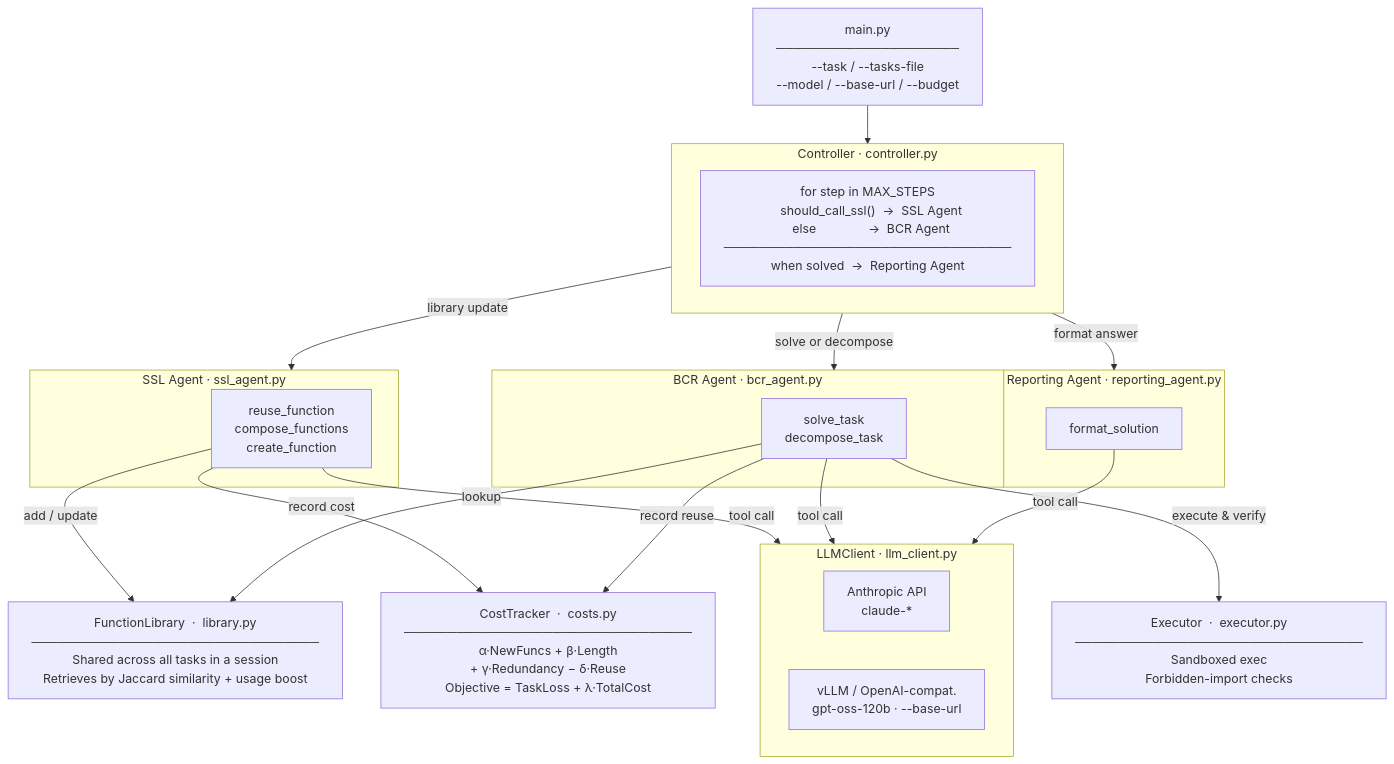
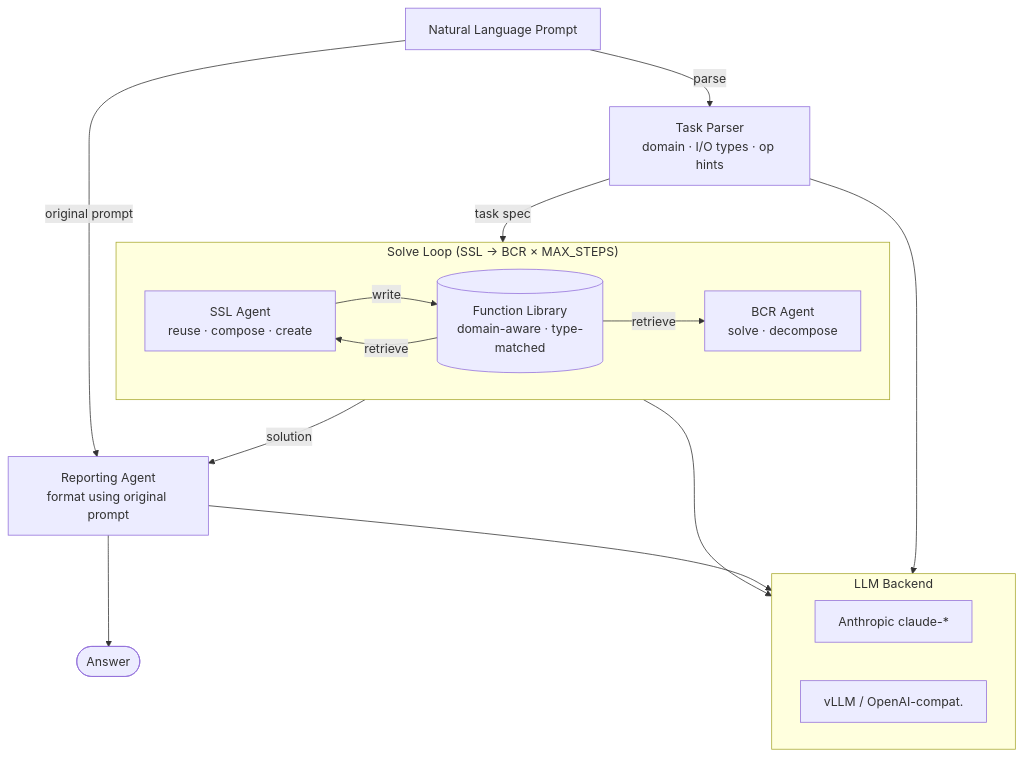
The diagram in README.md (cmu-llab/ReaComp), drawn with Mermaid before and after one commit. The commit also changed other lines of this file and 8 other files, not shown here.

First line of the commit message:
Add task parsing, domain-aware retrieval, typed functions, and simplified diagram

````diff
--- a/README.md
+++ b/README.md
@@ -13,48 +13,32 @@
 ```mermaid
 flowchart TD
-    CLI["main.py\n─────────────────────\n--task / --tasks-file\n--model / --base-url / --budget"]
+    NL["Natural Language Prompt"]
 
-    CLI --> CTRL
+    NL -->|"parse"| PARSE["Task Parser\ndomain · I/O types · op hints"]
+    NL -->|"original prompt"| RPT
 
-    subgraph CTRL["Controller  ·  controller.py"]
-        LOOP["for step in MAX_STEPS\n  should_call_ssl()  →  SSL Agent\n  else               →  BCR Agent\n─────────────────────────────────\nwhen solved  →  Reporting Agent"]
+    PARSE -->|"task spec"| LOOP
+
+    subgraph LOOP["Solve Loop  (SSL → BCR × MAX_STEPS)"]
+        direction LR
+        SSL["SSL Agent\nreuse · compose · create"]
+        BCR["BCR Agent\nsolve · decompose"]
+        SSL -->|"write"| LIB[("Function Library\ndomain-aware · type-matched")]
+        LIB -->|"retrieve"| SSL
+        LIB -->|"retrieve"| BCR
     end
 
-    CTRL -->|"library update"| SSL
-    CTRL -->|"solve or decompose"| BCR
-    CTRL -->|"format answer"| RPT
+    LOOP -->|"solution"| RPT
+    RPT["Reporting Agent\nformat using original prompt"]
+    RPT --> ANS(["Answer"])
 
-    subgraph SSL["SSL Agent  ·  ssl_agent.py"]
-        SSL_OPS["reuse_function\ncompose_functions\ncreate_function"]
-    end
+    LOOP --> LLM
+    RPT --> LLM
+    PARSE --> LLM
 
-    subgraph BCR["BCR Agent  ·  bcr_agent.py"]
-        BCR_OPS["solve_task\ndecompose_task"]
-    end
-
-    subgraph RPT["Reporting Agent  ·  reporting_agent.py"]
-        RPT_OPS["format_solution"]
-    end
-
-    SSL_OPS -->|"add / update"| FLIB
-    BCR_OPS -->|"lookup"| FLIB
-    SSL_OPS -->|"record cost"| CT
-    BCR_OPS -->|"record reuse"| CT
-    BCR_OPS -->|"execute & verify"| EX
-
-    FLIB["FunctionLibrary  ·  library.py\n─────────────────────────────────\nShared across all tasks in a session\nRetrieves by Jaccard similarity + usage boost"]
-
-    CT["CostTracker  ·  costs.py\n─────────────────────────────────\nα·NewFuncs + β·Length\n+ γ·Redundancy − δ·Reuse\nObjective = TaskLoss + λ·TotalCost"]
-
-    EX["Executor  ·  executor.py\n─────────────────────────────────\nSandboxed exec\nForbidden-import checks"]
-
-    SSL_OPS -->|"tool call"| LC
-    BCR_OPS -->|"tool call"| LC
-    RPT_OPS -->|"tool call"| LC
-
-    subgraph LC["LLMClient  ·  llm_client.py"]
+    subgraph LLM["LLM Backend"]
         direction LR
-        ANT["Anthropic API\nclaude-*"]
-        VLLM["vLLM / OpenAI-compat.\ngpt-oss-120b  ·  --base-url"]
+        ANT["Anthropic claude-*"]
+        OAI["vLLM / OpenAI-compat."]
     end
 ```
````
